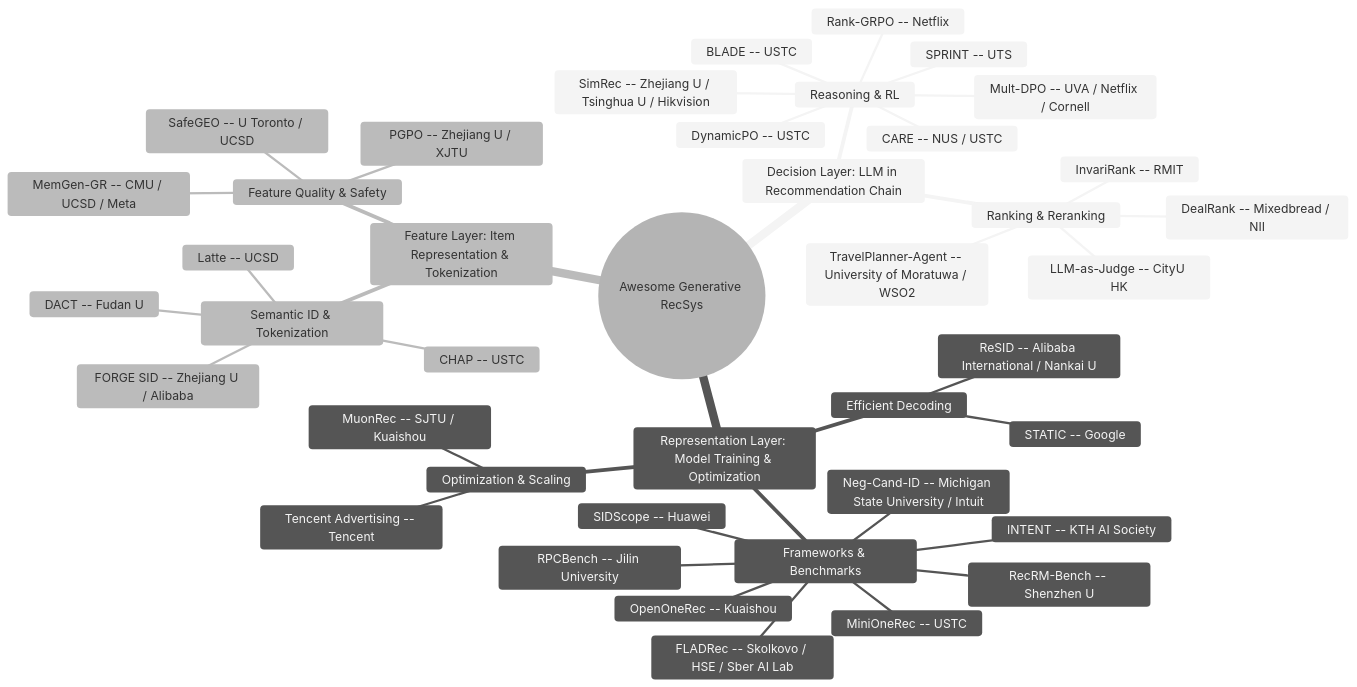
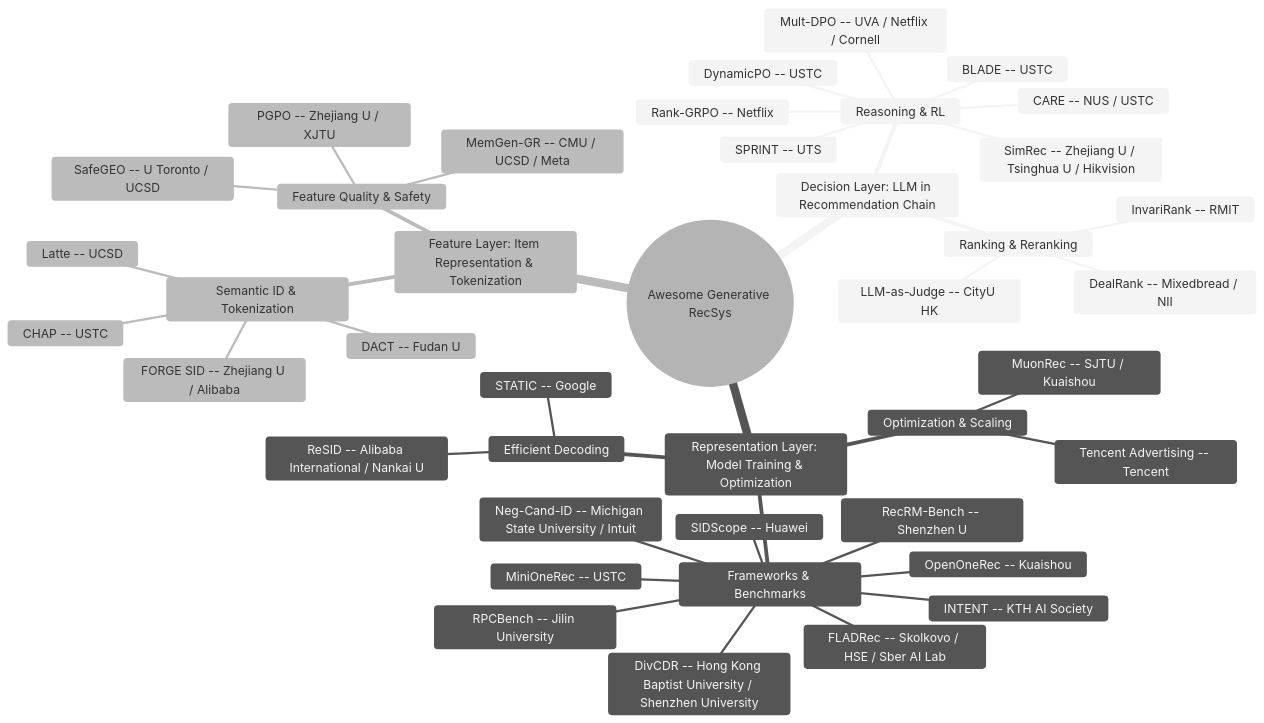
The diagram in README.md (HaFred/awesome-generative-recsys), drawn with Mermaid (neutral theme) before and after one commit. The commit also changed other lines of this file and 3 other files, not shown here.

Commit message:
feat: DivCDR and Pinterest Weight Coding lead 9 on-topic gen-rec papers from Tuesday arXiv

````diff
--- a/README.md
+++ b/README.md
@@ -30,44 +30,44 @@
 ```mermaid
 mindmap
   root((Awesome Generative RecSys))
     Decision Layer: LLM in Recommendation Chain
       Reasoning & RL
         Rank-GRPO -- Netflix
         DynamicPO -- USTC
         BLADE -- USTC
         SPRINT -- UTS
         CARE -- NUS / USTC
         Mult-DPO -- UVA / Netflix / Cornell
         SimRec -- Zhejiang U / Tsinghua U / Hikvision
       Ranking & Reranking
         InvariRank -- RMIT
-        TravelPlanner-Agent -- University of Moratuwa / WSO2
         DealRank -- Mixedbread / NII
         LLM-as-Judge -- CityU HK
     Representation Layer: Model Training & Optimization
       Frameworks & Benchmarks
         MiniOneRec -- USTC
         OpenOneRec -- Kuaishou
         RecRM-Bench -- Shenzhen U
         SIDScope -- Huawei
         RPCBench -- Jilin University
         INTENT -- KTH AI Society
         FLADRec -- Skolkovo / HSE / Sber AI Lab
         Neg-Cand-ID -- Michigan State University / Intuit
+        DivCDR -- Hong Kong Baptist University / Shenzhen University
       Efficient Decoding
         STATIC -- Google
         ReSID -- Alibaba International / Nankai U
       Optimization & Scaling
         MuonRec -- SJTU / Kuaishou
         Tencent Advertising -- Tencent
     Feature Layer: Item Representation & Tokenization
       Semantic ID & Tokenization
         Latte -- UCSD
         FORGE SID -- Zhejiang U / Alibaba
         DACT -- Fudan U
         CHAP -- USTC
       Feature Quality & Safety
         SafeGEO -- U Toronto / UCSD
         MemGen-GR -- CMU / UCSD / Meta
         PGPO -- Zhejiang U / XJTU
 ```
````
